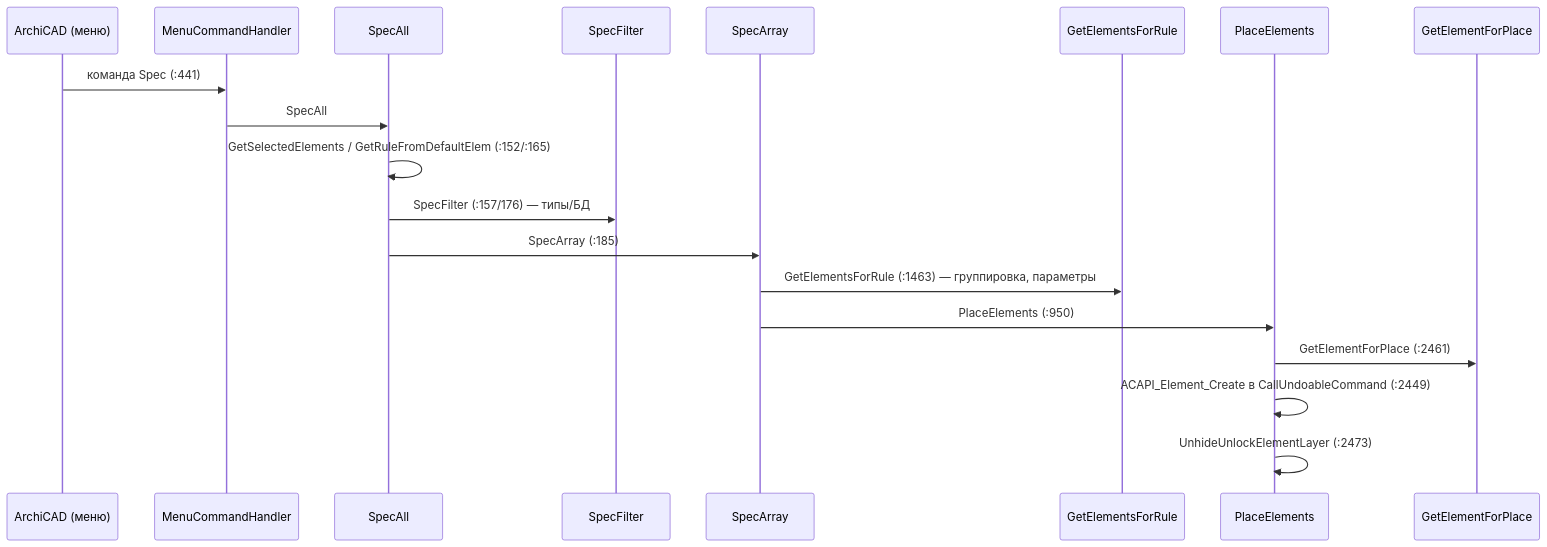
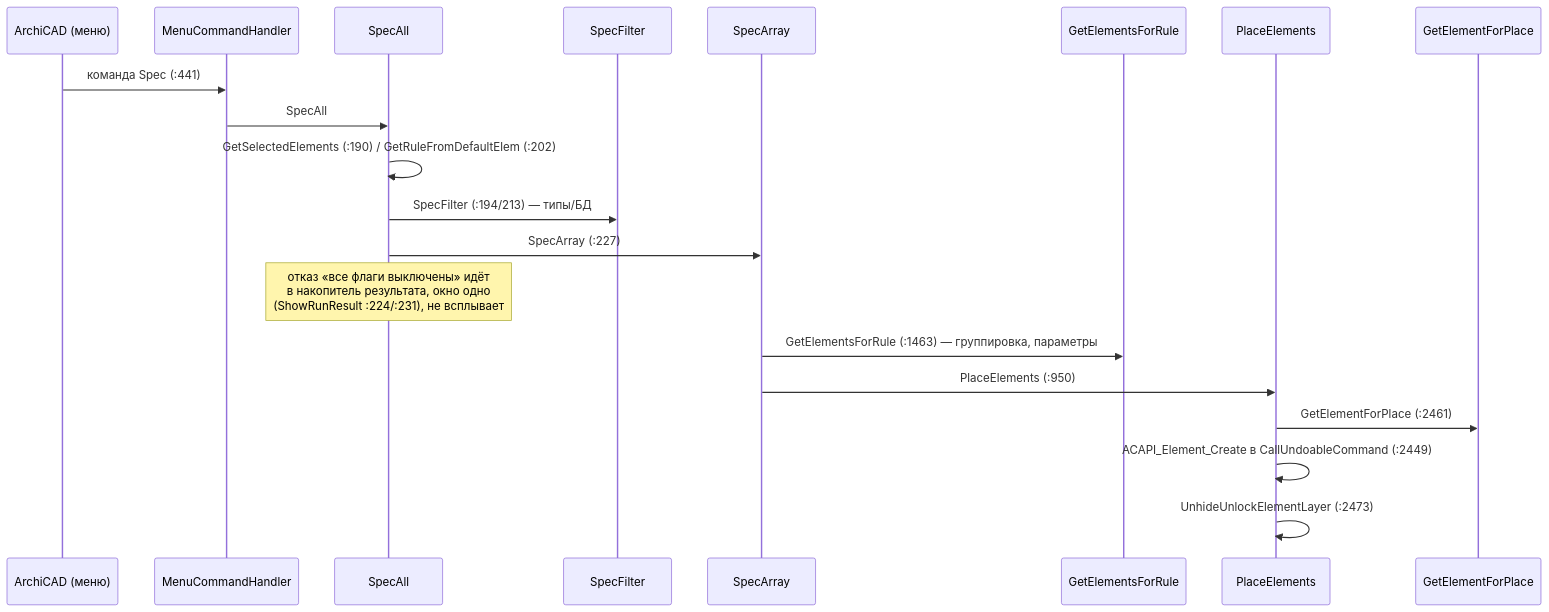
The third of 10 diagrams in Docs/SEQUENCES.md (kuvbur/AddOn_SomeStuff), drawn with Mermaid before and after one commit. The commit also changed 68 other files, not shown here.

````diff
--- a/Docs/SEQUENCES.md
+++ b/Docs/SEQUENCES.md
@@ -59,22 +59,23 @@
 ```mermaid
 sequenceDiagram
     participant UI as ArchiCAD (меню)
     participant Main as MenuCommandHandler
     participant SA as SpecAll
     participant F as SpecFilter
     participant SAR as SpecArray
     participant GER as GetElementsForRule
     participant PE as PlaceElements
     participant GEP as GetElementForPlace
 
     UI->>Main: команда Spec (:441)
     Main->>SA: SpecAll
-    SA->>SA: GetSelectedElements / GetRuleFromDefaultElem (:152/:165)
-    SA->>F: SpecFilter (:157/176) — типы/БД
-    SA->>SAR: SpecArray (:185)
+    SA->>SA: GetSelectedElements (:190) / GetRuleFromDefaultElem (:202)
+    SA->>F: SpecFilter (:194/213) — типы/БД
+    SA->>SAR: SpecArray (:227)
+    Note over SA: отказ «все флаги выключены» идёт<br/>в накопитель результата, окно одно<br/>(ShowRunResult :224/:231), не всплывает
     SAR->>GER: GetElementsForRule (:1463) — группировка, параметры
     SAR->>PE: PlaceElements (:950)
     PE->>GEP: GetElementForPlace (:2461)
     PE->>PE: ACAPI_Element_Create в CallUndoableCommand (:2449)
     PE->>PE: UnhideUnlockElementLayer (:2473)
 ```
````
